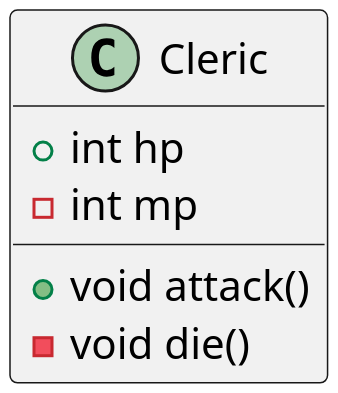
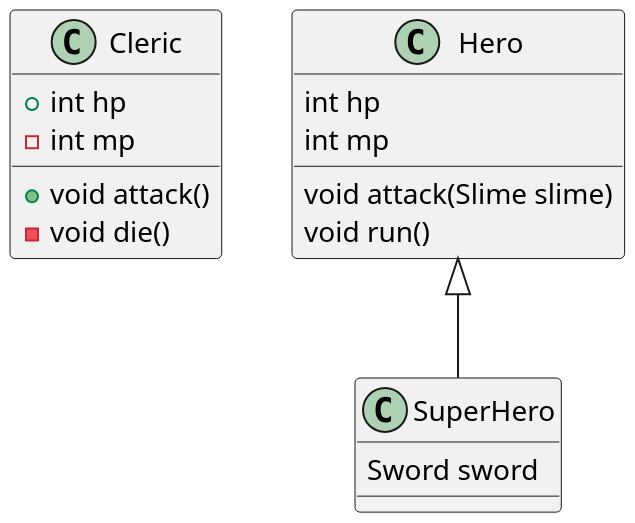
The diagram in lib/game.puml (SurvivalCodingCampus/sesac7_dart_study), drawn with PlantUML before and after one commit. The commit also changed 3 other files, not shown here.

```diff
--- a/lib/game.puml
+++ b/lib/game.puml
@@ -1,12 +1,23 @@
 @startuml
-scale 3 
+scale 2
 
 class Cleric {
     + int hp
     - int mp
 
     + void attack()
     - void die()
 }
 
+class Hero {
+    int hp
+    int mp
+    void attack(Slime slime)
+    void run()
+}
+
+class SuperHero extends Hero {
+    Sword sword
+}
+
 @enduml
```
